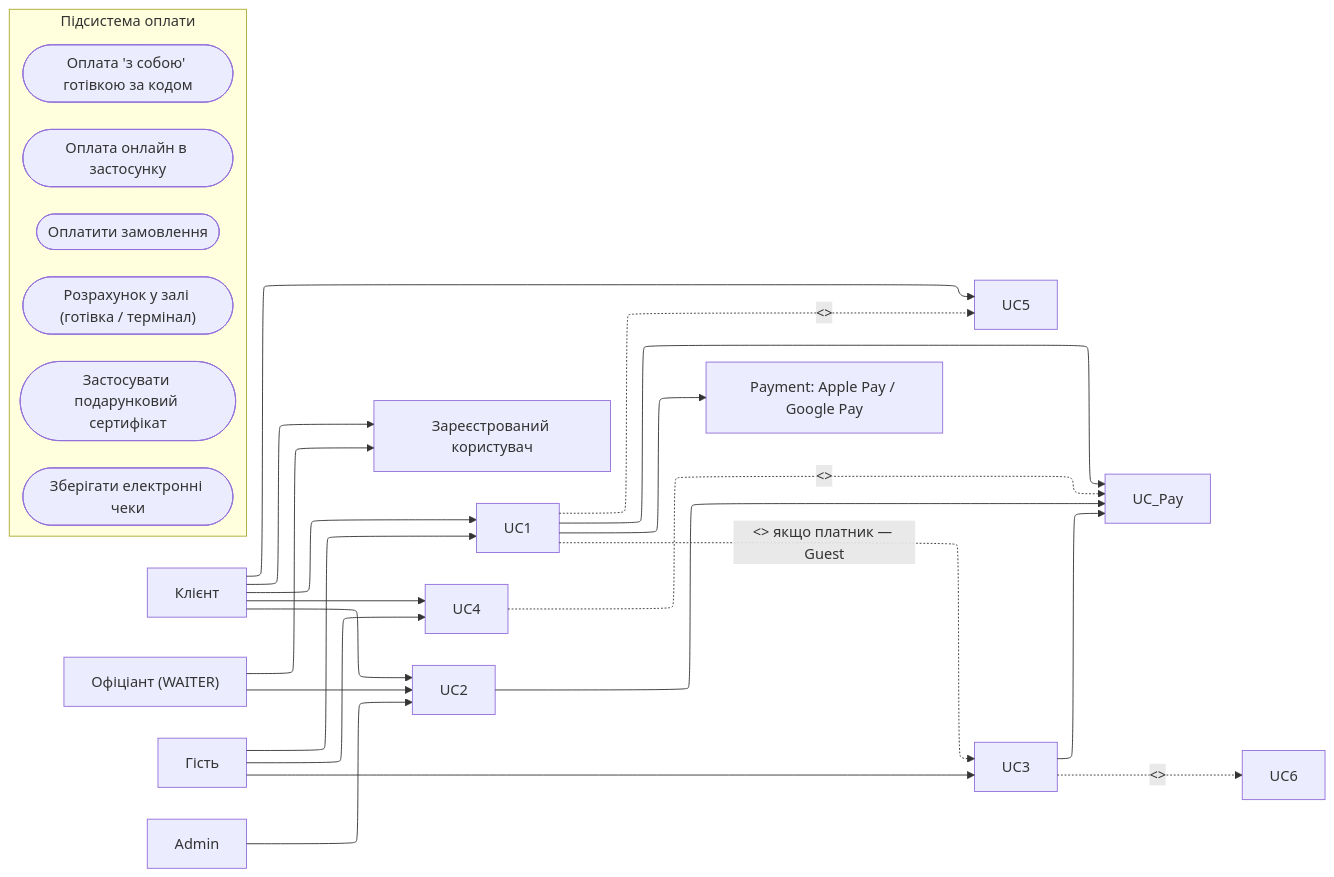
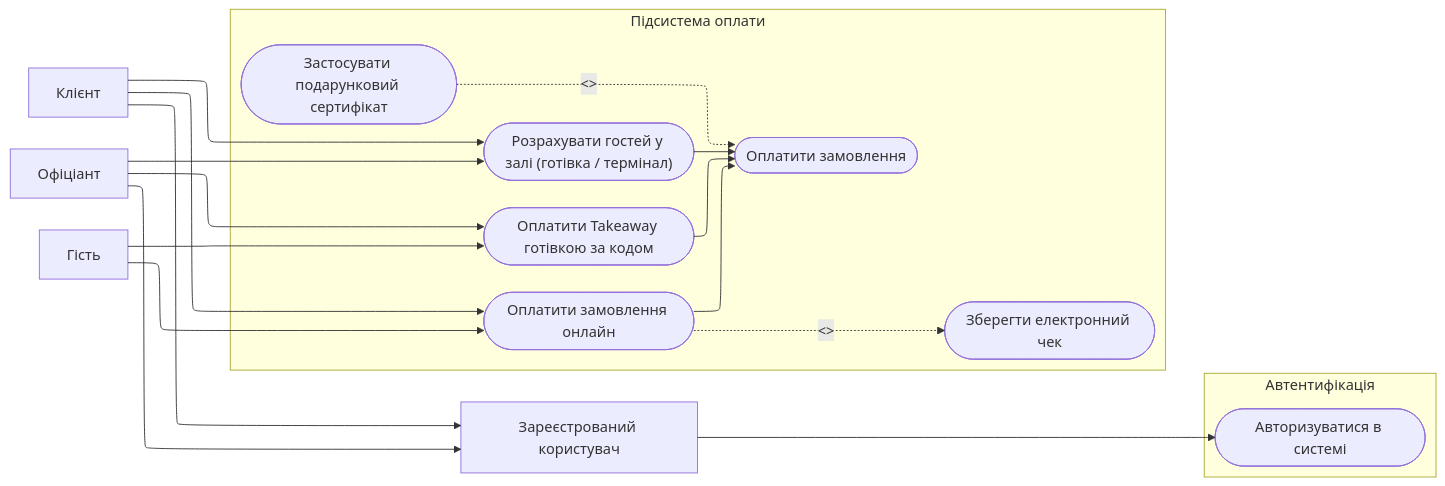
One commit to cyjiky/TableFlow changed the diagram in Labs/Lab2/models/pay_system.mmd. Above: the diagram before and after it, drawn with Mermaid. The commit also changed 27 other files, not shown here.

```diff
--- a/Labs/Lab2/models/pay_system.mmd
+++ b/Labs/Lab2/models/pay_system.mmd
@@ -1,56 +1,49 @@
 ---
 config:
     layout: elk
 ---
 flowchart LR
     %% Актори
     User["Зареєстрований користувач"]
     Client["Клієнт"]
     Waiter["Офіціант"]
     Guest["Гість"]
-    Admin["Admin"]
-    Payment["Payment: Apple Pay / Google Pay"]
-    Waiter["Офіціант (WAITER)"]
 
     %% Узагальнення акторів
     Client --> User
     Waiter --> User
 
-    subgraph System ["Підсистема оплати"]
-      UC3_1(["Оплата онлайн в застосунку"])
-      UC3_2(["Розрахунок y залі (готівка / термінал)"])
-      UC3_3(["Оплата 'з собою' готівкою за кодом"])
-      UC3_4(["Застосувати подарунковий сертифікат"])
-      UC3_5(["Зберігати електронні чеки"])
-      %% UC3_6(["Верифікувати цифровий код видачі"])
-      UC3__Pay(["Оплатити замовлення"])
+    subgraph Auth ["Автентифікація"]
+      UC0(["Авторизуватися в системі"])
     end
 
+    subgraph System3 ["Підсистема оплати"]
+      UC3_Pay(["Оплатити замовлення"])
+      UC3_1(["Оплатити замовлення онлайн"])
+      UC3_2(["Розрахувати гостей у залі (готівка / термінал)"])
+      UC3_3(["Оплатити Takeaway готівкою за кодом"])
+      UC3_4(["Застосувати подарунковий сертифікат"])
+      UC3_5(["Зберегти електронний чек"])
+    end
+
+    %% Загальний прецедент зареєстрованого користувача
+    User --> UC0
+
     %% Зв'язки акторів з прецедентами
-    Client --> UC1
-    Client --> UC4
-    Client --> UC5
-    Client --> UC2
+    Client --> UC3_1
+    Client --> UC3_2
 
-    Waiter --> UC2
+    Waiter --> UC3_2
+    Waiter --> UC3_3
 
-    Admin --> UC2
+    Guest --> UC3_1
+    Guest --> UC3_3
 
-    Guest --> UC1
-    Guest --> UC4
-    Guest --> UC3
-
-    UC1 -.->|"<<extend>> якщо платник — Guest"| UC3
     %% Узагальнення способів оплати
-    UC1 --> UC_Pay
-    UC2 --> UC_Pay
-    UC3 --> UC_Pay
-
-    %% Взаємодія із зовнішньою платіжною системою
-    UC1 --> Payment
+    UC3_1 --> UC3_Pay
+    UC3_2 --> UC3_Pay
+    UC3_3 --> UC3_Pay
 
     %% Include / Extend зв'язки
-    UC1 -.->|"<<include>>"| UC5
-    UC3 -.->|"<<include>>"| UC6
-
-    UC4 -.->|"<<extend>>"| UC_Pay
+    UC3_1 -.->|"<<include>>"| UC3_5
+    UC3_4 -.->|"<<extend>>"| UC3_Pay
```
